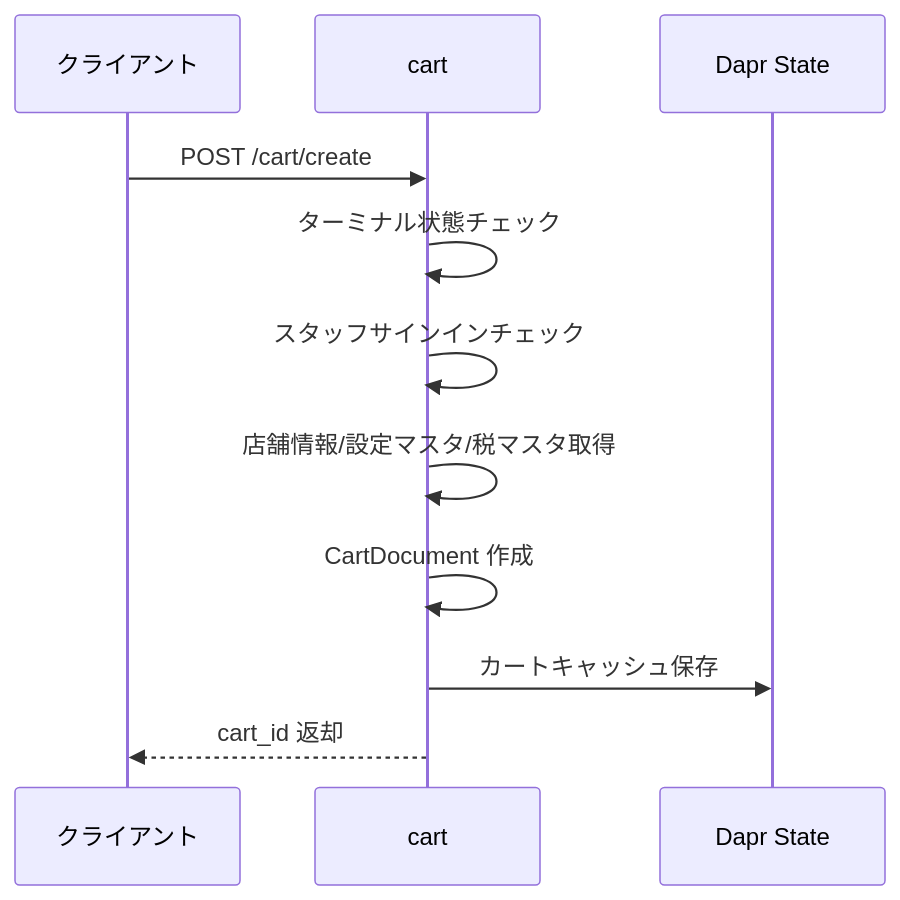
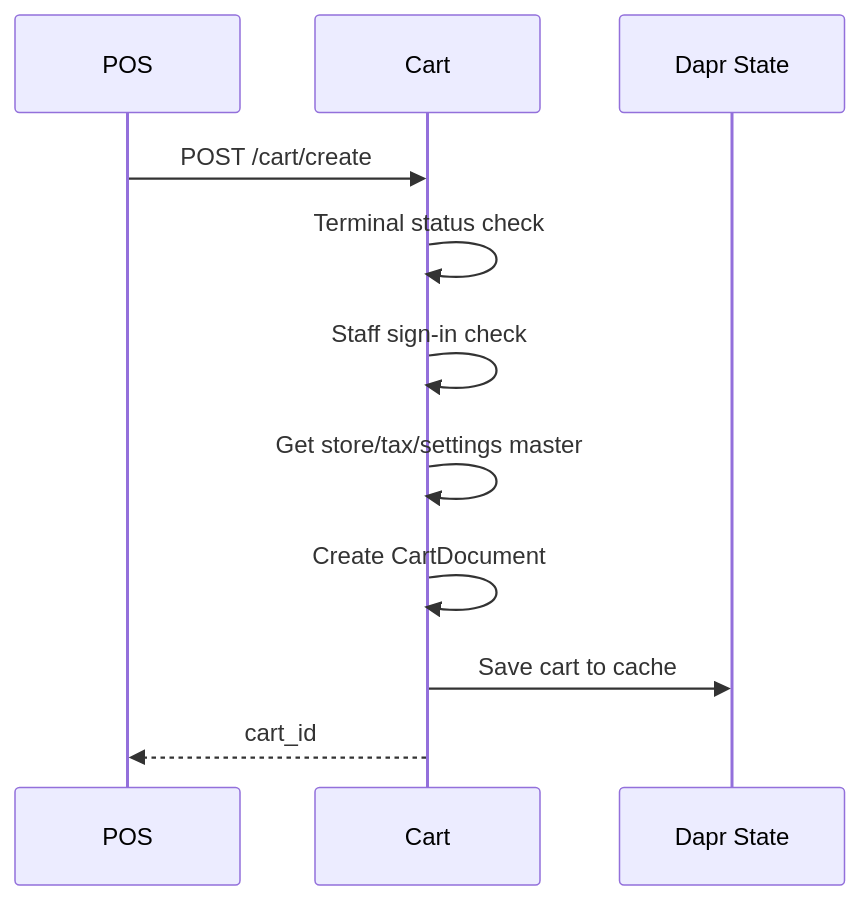
Before and after one commit to kugel-masa/kugelpos-backend: the first of 6 diagrams in specs/71-promotion-cache/sequence-comparison.md, drawn with Mermaid. The commit also changed other lines of this file and 1 other file, not shown here.

Commit message:
docs: Add proposal document and translate sequence diagrams to English (#71)

````diff
--- a/specs/71-promotion-cache/sequence-comparison.md
+++ b/specs/71-promotion-cache/sequence-comparison.md
@@ -7,14 +7,14 @@
 ```mermaid
 sequenceDiagram
-    participant Client as クライアント
-    participant Cart as cart
+    participant POS
+    participant Cart
     participant Dapr as Dapr State
 
-    Client->>Cart: POST /cart/create
-    Cart->>Cart: ターミナル状態チェック
-    Cart->>Cart: スタッフサインインチェック
-    Cart->>Cart: 店舗情報/設定マスタ/税マスタ取得
-    Cart->>Cart: CartDocument 作成
-    Cart->>Dapr: カートキャッシュ保存
-    Cart-->>Client: cart_id 返却
+    POS->>Cart: POST /cart/create
+    Cart->>Cart: Terminal status check
+    Cart->>Cart: Staff sign-in check
+    Cart->>Cart: Get store/tax/settings master
+    Cart->>Cart: Create CartDocument
+    Cart->>Dapr: Save cart to cache
+    Cart-->>POS: cart_id
 ```
````
